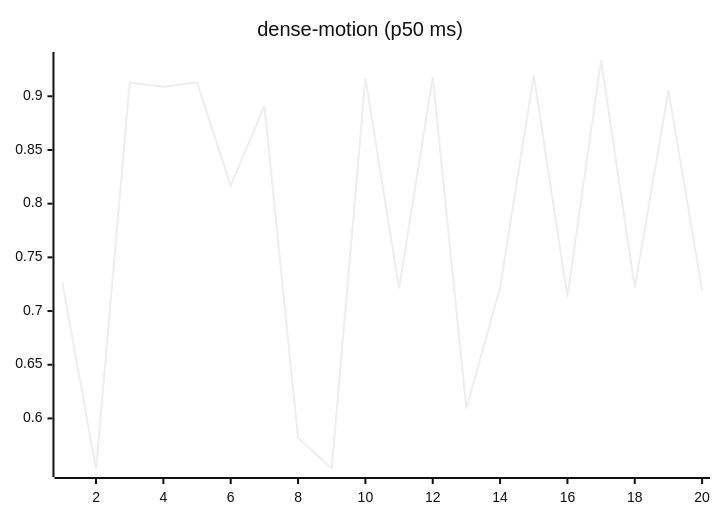
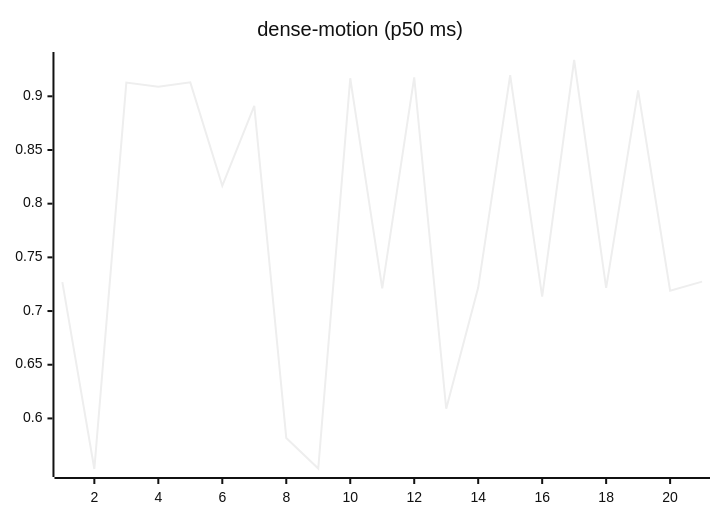
Before and after one commit to josha/Facet: the ninth of 27 diagrams in README.md, drawn with Mermaid (neutral theme). The commit also changed other lines of this file and 2 other files, not shown here.

````diff
--- a/README.md
+++ b/README.md
@@ -119,6 +119,6 @@
 ```mermaid
 xychart-beta
     title "dense-motion (p50 ms)"
-    x-axis 1 --> 20
-    line [0.7269, 0.5529, 0.9128, 0.9089, 0.9130, 0.8166, 0.8911, 0.5818, 0.5534, 0.9168, 0.7211, 0.9177, 0.6090, 0.7219, 0.9196, 0.7134, 0.9338, 0.7216, 0.9055, 0.7190]
+    x-axis 1 --> 21
+    line [0.7269, 0.5529, 0.9128, 0.9089, 0.9130, 0.8166, 0.8911, 0.5818, 0.5534, 0.9168, 0.7211, 0.9177, 0.6090, 0.7219, 0.9196, 0.7134, 0.9338, 0.7216, 0.9055, 0.7190, 0.7274]
 ```
````
